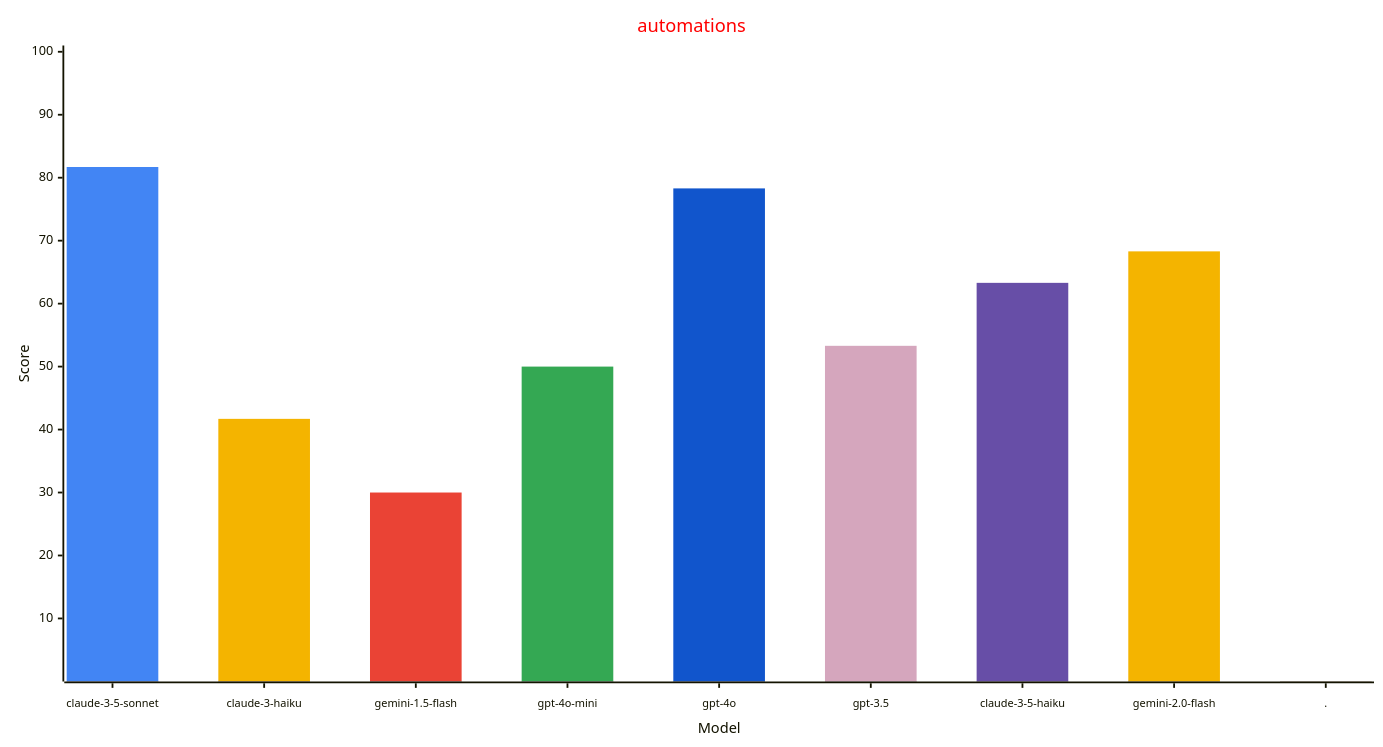
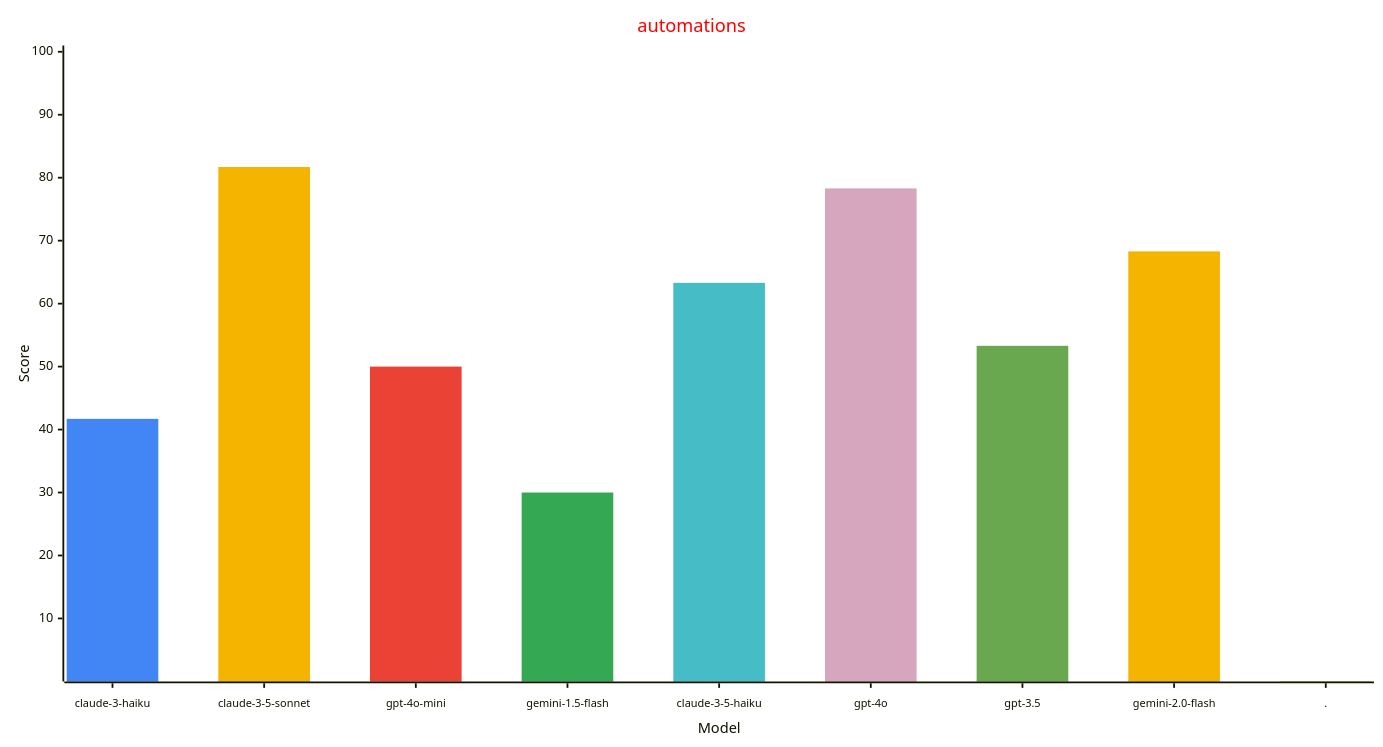
The third of 3 diagrams in reports/README.md (allenporter/home-assistant-datasets), drawn with Mermaid before and after one commit. The commit also changed other lines of this file and 3 other files, not shown here.

````diff
--- a/reports/README.md
+++ b/reports/README.md
@@ -195,29 +151,29 @@
 ```mermaid
 ---
 config:
     xyChart:
         width: 1500
         height: 800
         xAxis:
           labelFontSize: 12
           labelPadding: 8
     themeVariables:
         xyChart:
             titleColor: "#ff0000"
-            plotColorPalette: "#4285f4, #f4b400, #ea4335, #34a853, #1155cc, #d5a6bd, #674ea7, #f4b400, #4285f4"
+            plotColorPalette: "#4285f4, #f4b400, #ea4335, #34a853, #46bdc6, #d5a6bd, #6aa84f, #f4b400, #4285f4"
 
 ---
 xychart-beta
   title "automations"
-  x-axis "Model" [claude-3-5-sonnet, claude-3-haiku, gemini-1.5-flash, gpt-4o-mini, gpt-4o, gpt-3.5, claude-3-5-haiku, gemini-2.0-flash, .]
+  x-axis "Model" [claude-3-haiku, claude-3-5-sonnet, gpt-4o-mini, gemini-1.5-flash, claude-3-5-haiku, gpt-4o, gpt-3.5, gemini-2.0-flash, .]
   y-axis "Score" 1 --> 100
-  bar [81.7, 0.0, 0.0, 0.0, 0.0, 0.0, 0.0, 0.0, 0.0]
-  bar [0.0, 41.7, 0.0, 0.0, 0.0, 0.0, 0.0, 0.0, 0.0]
-  bar [0.0, 0.0, 30.0, 0.0, 0.0, 0.0, 0.0, 0.0, 0.0]
-  bar [0.0, 0.0, 0.0, 50.0, 0.0, 0.0, 0.0, 0.0, 0.0]
-  bar [0.0, 0.0, 0.0, 0.0, 78.3, 0.0, 0.0, 0.0, 0.0]
-  bar [0.0, 0.0, 0.0, 0.0, 0.0, 53.3, 0.0, 0.0, 0.0]
-  bar [0.0, 0.0, 0.0, 0.0, 0.0, 0.0, 63.3, 0.0, 0.0]
+  bar [41.7, 0.0, 0.0, 0.0, 0.0, 0.0, 0.0, 0.0, 0.0]
+  bar [0.0, 81.7, 0.0, 0.0, 0.0, 0.0, 0.0, 0.0, 0.0]
+  bar [0.0, 0.0, 50.0, 0.0, 0.0, 0.0, 0.0, 0.0, 0.0]
+  bar [0.0, 0.0, 0.0, 30.0, 0.0, 0.0, 0.0, 0.0, 0.0]
+  bar [0.0, 0.0, 0.0, 0.0, 63.3, 0.0, 0.0, 0.0, 0.0]
+  bar [0.0, 0.0, 0.0, 0.0, 0.0, 78.3, 0.0, 0.0, 0.0]
+  bar [0.0, 0.0, 0.0, 0.0, 0.0, 0.0, 53.3, 0.0, 0.0]
   bar [0.0, 0.0, 0.0, 0.0, 0.0, 0.0, 0.0, 68.3, 0.0]
   bar [0.0, 0.0, 0.0, 0.0, 0.0, 0.0, 0.0, 0.0, -1.0]
 ```
````
